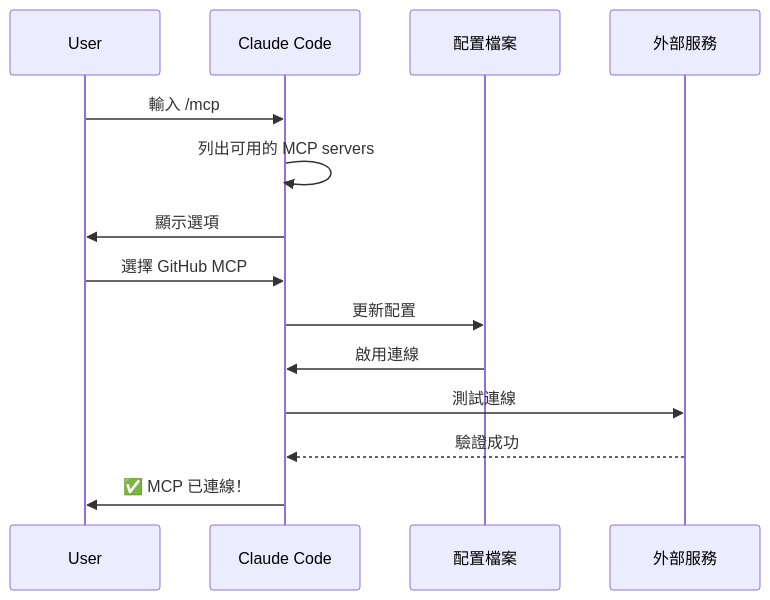
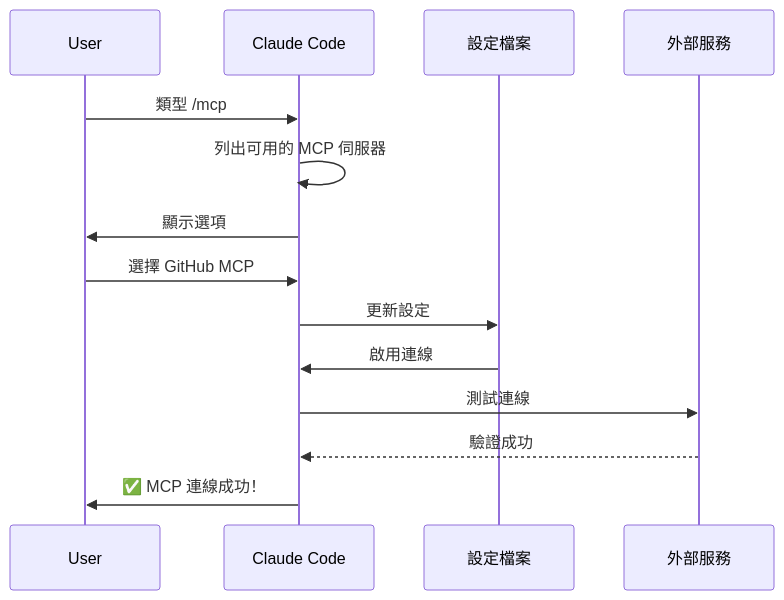
One commit to huckly/claude-howto-zh-tw changed diagram 13 of 22 in claude_concepts_guide.md. Above: the diagram before and after it, drawn with Mermaid. The commit also changed other lines of this file and 6 other files, not shown here.

````diff
--- a/claude_concepts_guide.md
+++ b/claude_concepts_guide.md
@@ -988,17 +977,17 @@
 ```mermaid
 sequenceDiagram
     participant User
     participant Claude as Claude Code
-    participant Config as 配置檔案
+    participant Config as 設定檔案
     participant Service as 外部服務
 
-    User->>Claude: 輸入 /mcp
-    Claude->>Claude: 列出可用的 MCP servers
+    User->>Claude: 類型 /mcp
+    Claude->>Claude: 列出可用的 MCP 伺服器
     Claude->>User: 顯示選項
     User->>Claude: 選擇 GitHub MCP
-    Claude->>Config: 更新配置
+    Claude->>Config: 更新設定
     Config->>Claude: 啟用連線
     Claude->>Service: 測試連線
     Service-->>Claude: 驗證成功
-    Claude->>User: ✅ MCP 已連線！
+    Claude->>User: ✅ MCP 連線成功！
 ```
````
